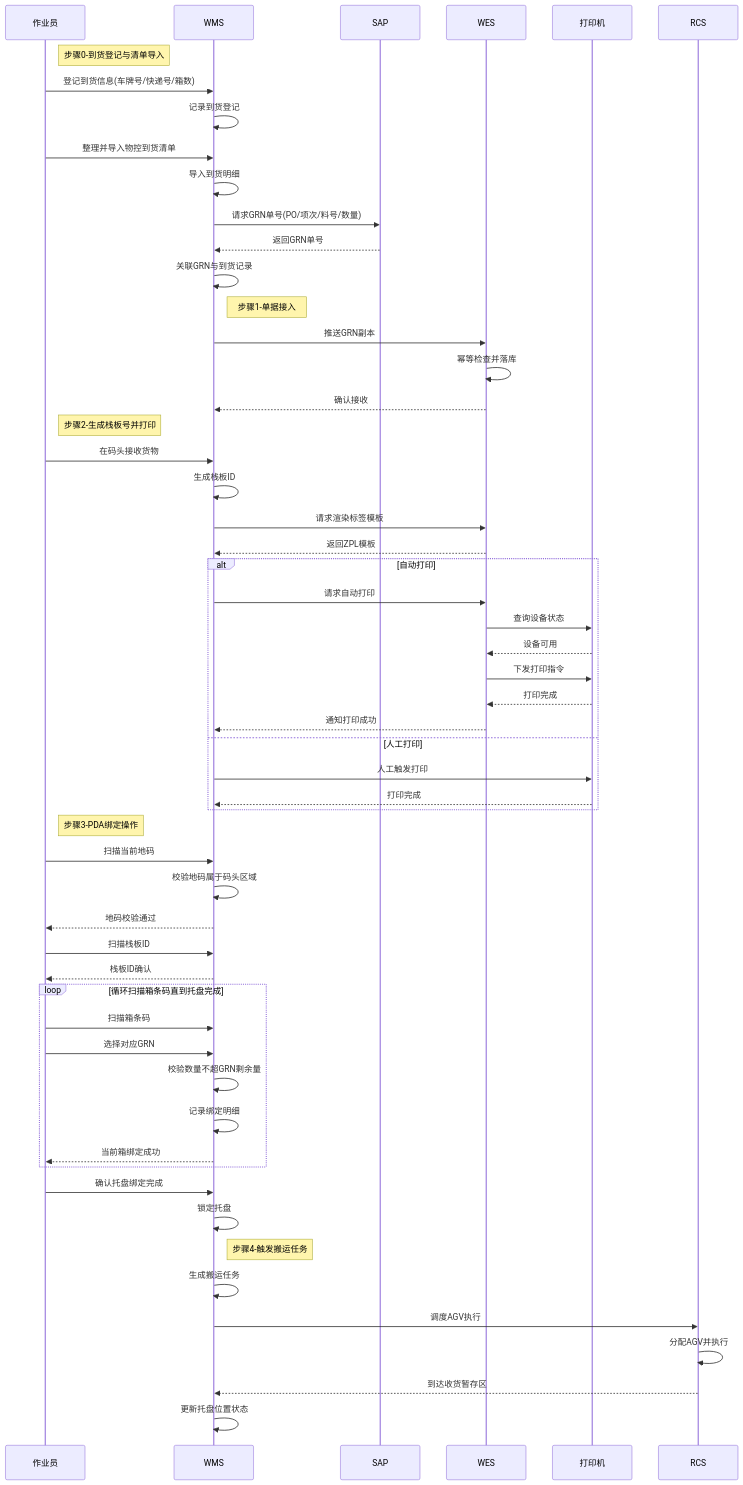
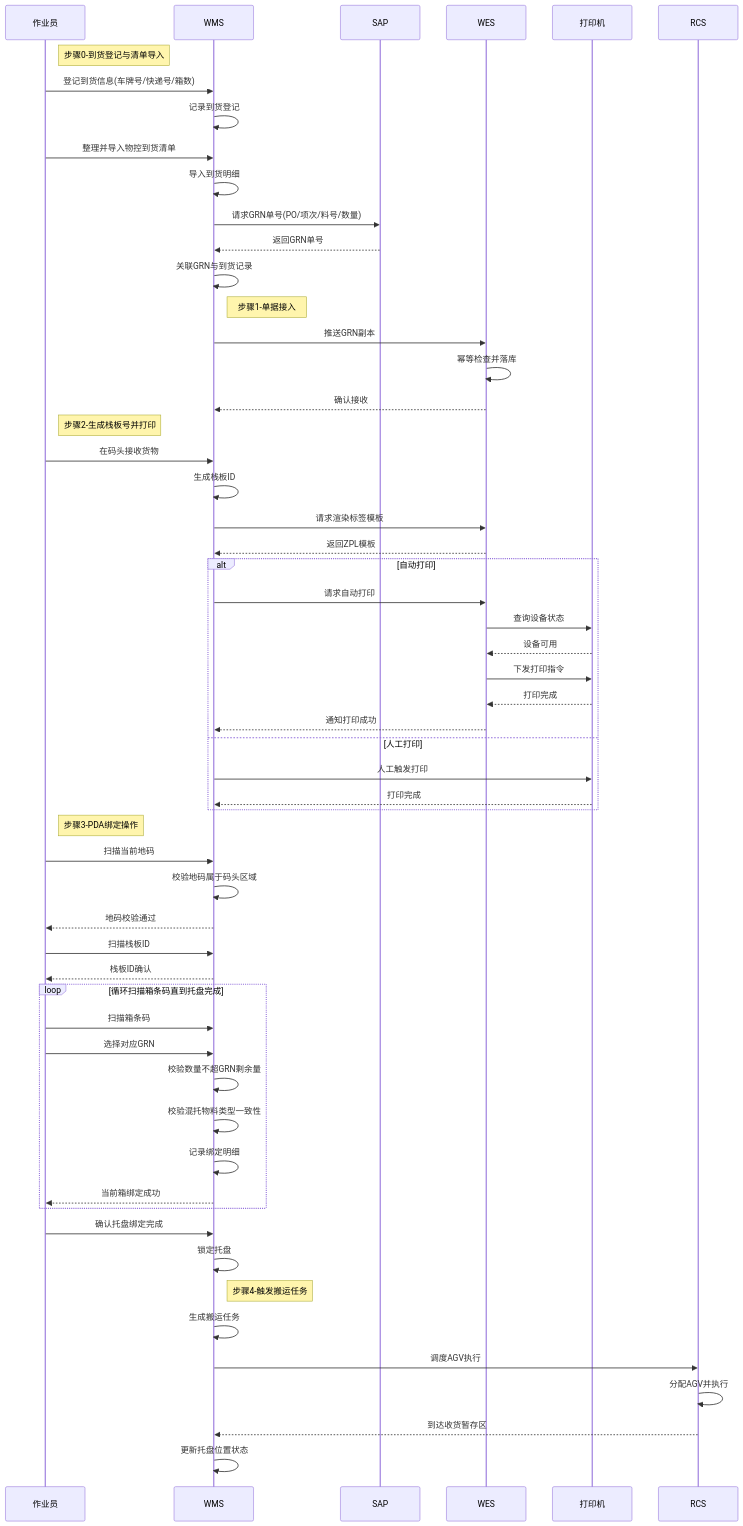
The diagram in docs/design/3.2.1-dock-receiving-binding.md (kaizhoumasha/fxn_wms), drawn with Mermaid before and after one commit. The commit also changed other lines of this file and 3 other files, not shown here.

````diff
--- a/docs/design/3.2.1-dock-receiving-binding.md
+++ b/docs/design/3.2.1-dock-receiving-binding.md
@@ -243,63 +244,64 @@
 ```mermaid
 sequenceDiagram
     participant 作业员
     participant WMS
     participant SAP
     participant WES
     participant 打印机
     participant RCS
 
     Note right of 作业员: 步骤0-到货登记与清单导入
     作业员->>WMS: 登记到货信息(车牌号/快递号/箱数)
     WMS->>WMS: 记录到货登记
     作业员->>WMS: 整理并导入物控到货清单
     WMS->>WMS: 导入到货明细
     WMS->>SAP: 请求GRN单号(PO/项次/料号/数量)
     SAP-->>WMS: 返回GRN单号
     WMS->>WMS: 关联GRN与到货记录
 
     Note right of WMS: 步骤1-单据接入
     WMS->>WES: 推送GRN副本
     WES->>WES: 幂等检查并落库
     WES-->>WMS: 确认接收
 
     Note right of 作业员: 步骤2-生成栈板号并打印
     作业员->>WMS: 在码头接收货物
     WMS->>WMS: 生成栈板ID
     WMS->>WES: 请求渲染标签模板
     WES-->>WMS: 返回ZPL模板
     alt 自动打印
         WMS->>WES: 请求自动打印
         WES->>打印机: 查询设备状态
         打印机-->>WES: 设备可用
         WES->>打印机: 下发打印指令
         打印机-->>WES: 打印完成
         WES-->>WMS: 通知打印成功
     else 人工打印
         WMS->>打印机: 人工触发打印
         打印机-->>WMS: 打印完成
     end
 
     Note right of 作业员: 步骤3-PDA绑定操作
     作业员->>WMS: 扫描当前地码
     WMS->>WMS: 校验地码属于码头区域
     WMS-->>作业员: 地码校验通过
     作业员->>WMS: 扫描栈板ID
     WMS-->>作业员: 栈板ID确认
     loop 循环扫描箱条码直到托盘完成
         作业员->>WMS: 扫描箱条码
         作业员->>WMS: 选择对应GRN
         WMS->>WMS: 校验数量不超GRN剩余量
+        WMS->>WMS: 校验混托物料类型一致性
         WMS->>WMS: 记录绑定明细
         WMS-->>作业员: 当前箱绑定成功
     end
     作业员->>WMS: 确认托盘绑定完成
     WMS->>WMS: 锁定托盘
 
     Note right of WMS: 步骤4-触发搬运任务
     WMS->>WMS: 生成搬运任务
     WMS->>RCS: 调度AGV执行
     RCS->>RCS: 分配AGV并执行
     RCS-->>WMS: 到达收货暂存区
     WMS->>WMS: 更新托盘位置状态
 ```
````
